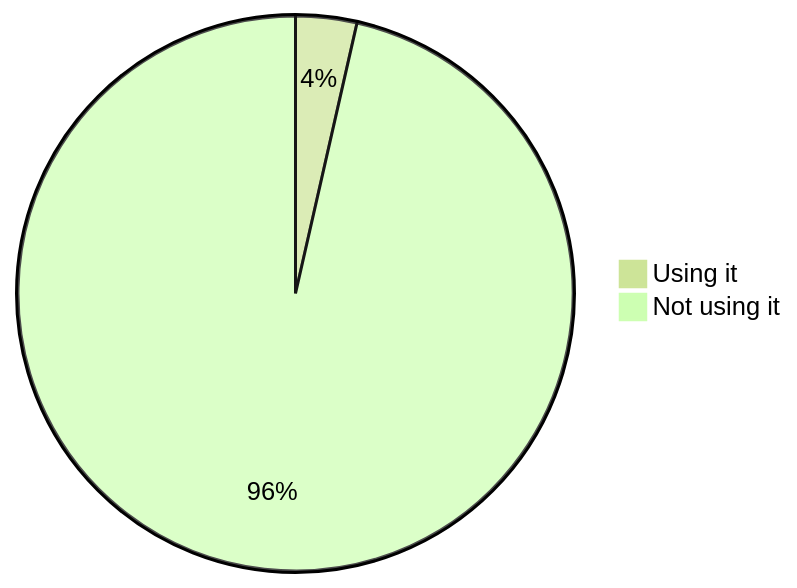
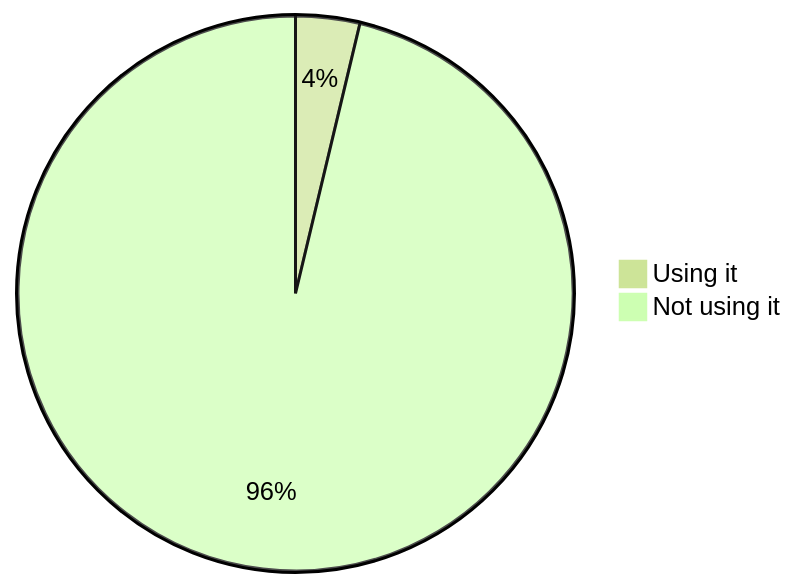
Before and after one commit to oshp/oshp-stats: diagram 17 of 22 in stats.md, drawn with Mermaid (forest theme). The commit also changed other lines of this file, not shown here.

````diff
--- a/stats.md
+++ b/stats.md
@@ -202,6 +202,6 @@
 ```mermaid
 pie
-	"Using it" : 3.56
-	"Not using it" : 96.44
+	"Using it" : 3.73
+	"Not using it" : 96.27
 
 ```
````
